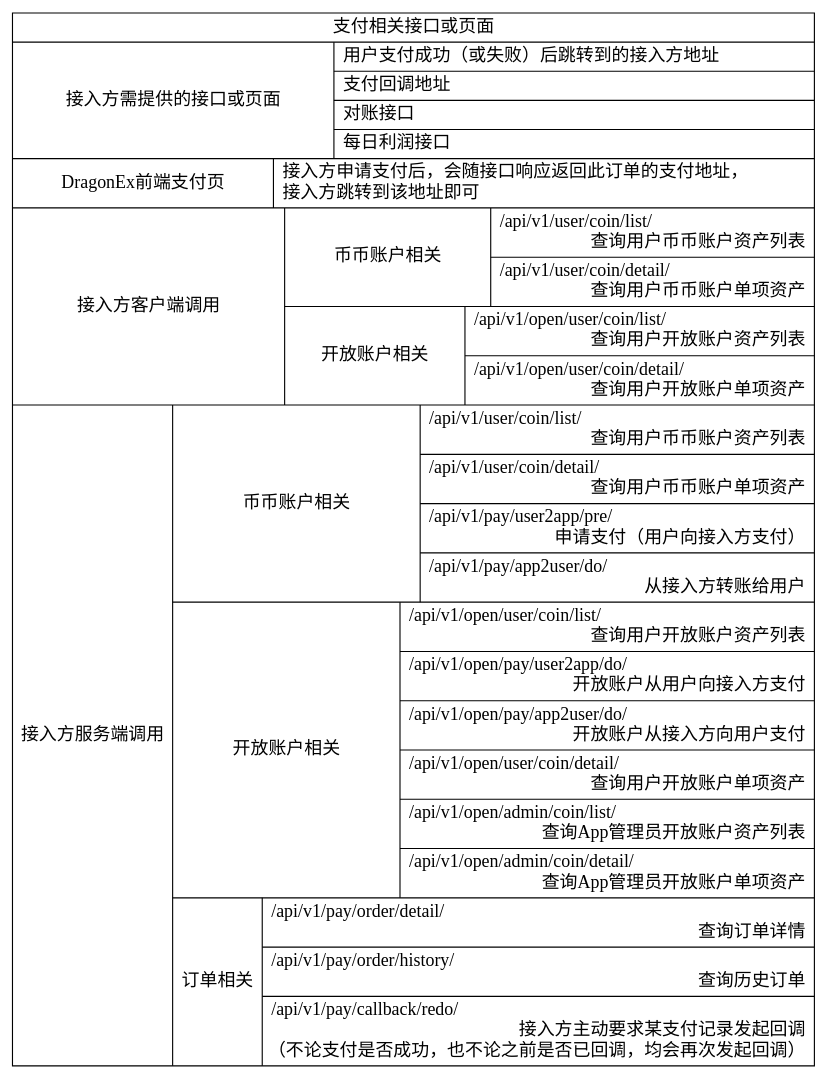
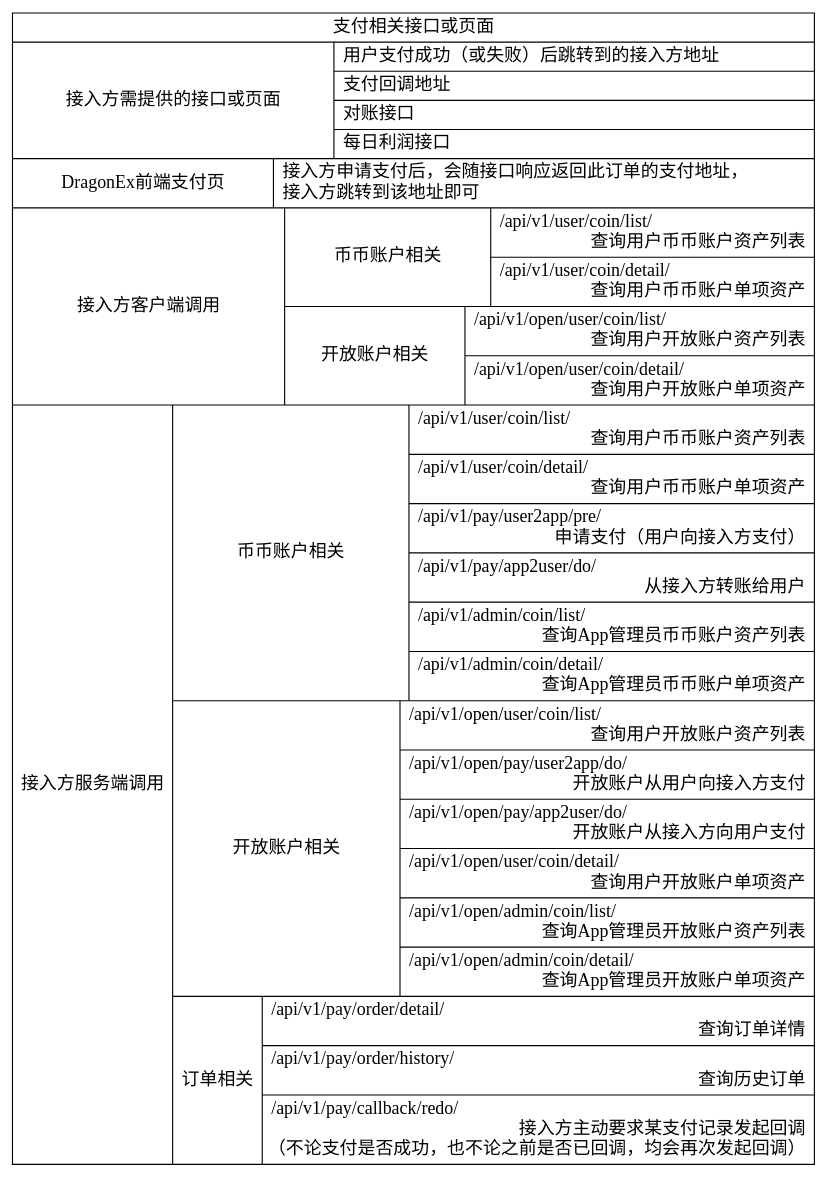
Before and after one commit to Dragonexio/OAuth: the diagram in docs/cn/images/payment_apis.dot, drawn with Graphviz. The commit also changed 1 other file, not shown here.

```diff
--- a/docs/cn/images/payment_apis.dot
+++ b/docs/cn/images/payment_apis.dot
@@ -1,84 +1,86 @@
 digraph g {
 graph [
     rankdir = "LR"
 ];
 
 node [
     fontsize = "16"
     shape=record
 ];
 
 PaymentApis [
     label = "支付相关接口或页面
     |
     {
         接入方需提供的接口或页面 |
         {
             用户支付成功（或失败）后跳转到的接入方地址 \l
             | 支付回调地址 \l
             | 对账接口\l
             | 每日利润接口\l
         }
     }
     | 
     {
         DragonEx前端支付页 |
         {
             接入方申请支付后，会随接口响应返回此订单的支付地址，\l接入方跳转到该地址即可 \l
         }
     }
     | 
     {
         接入方客户端调用 | 
         {
             { 币币账户相关 |
                 {
                   /api/v1/user/coin/list/ \l 查询用户币币账户资产列表 \r
                   | /api/v1/user/coin/detail/ \l 查询用户币币账户单项资产 \r
                 }
             }
             |
             { 开放账户相关 |
                 {
                   /api/v1/open/user/coin/list/ \l 查询用户开放账户资产列表 \r
                   | /api/v1/open/user/coin/detail/ \l 查询用户开放账户单项资产 \r
                 }
             }
         }            
     }
     | 
     {
         接入方服务端调用 | 
         {
             { 币币账户相关 |
                 {
                   /api/v1/user/coin/list/ \l 查询用户币币账户资产列表 \r
                   | /api/v1/user/coin/detail/ \l 查询用户币币账户单项资产 \r
                   | /api/v1/pay/user2app/pre/ \l 申请支付（用户向接入方支付）\r
                   | /api/v1/pay/app2user/do/ \l 从接入方转账给用户\r
+                  | /api/v1/admin/coin/list/ \l 查询App管理员币币账户资产列表 \r
+                  | /api/v1/admin/coin/detail/ \l 查询App管理员币币账户单项资产 \r
                 }
             }
             |
             { 开放账户相关 |
                 {
                   /api/v1/open/user/coin/list/ \l 查询用户开放账户资产列表 \r
                   | /api/v1/open/pay/user2app/do/ \l 开放账户从用户向接入方支付 \r
                   | /api/v1/open/pay/app2user/do/ \l 开放账户从接入方向用户支付 \r
                   | /api/v1/open/user/coin/detail/ \l 查询用户开放账户单项资产 \r
                   | /api/v1/open/admin/coin/list/ \l 查询App管理员开放账户资产列表 \r
                   | /api/v1/open/admin/coin/detail/ \l 查询App管理员开放账户单项资产 \r
                 }
             }
             |
             { 订单相关 |
                 {
                     /api/v1/pay/order/detail/ \l 查询订单详情 \r
                     | /api/v1/pay/order/history/ \l 查询历史订单 \r
                     | /api/v1/pay/callback/redo/ \l 接入方主动要求某支付记录发起回调\r（不论支付是否成功，也不论之前是否已回调，均会再次发起回调） \r
                 }
             }   
         }
     }
     "
 ]
 }
```
